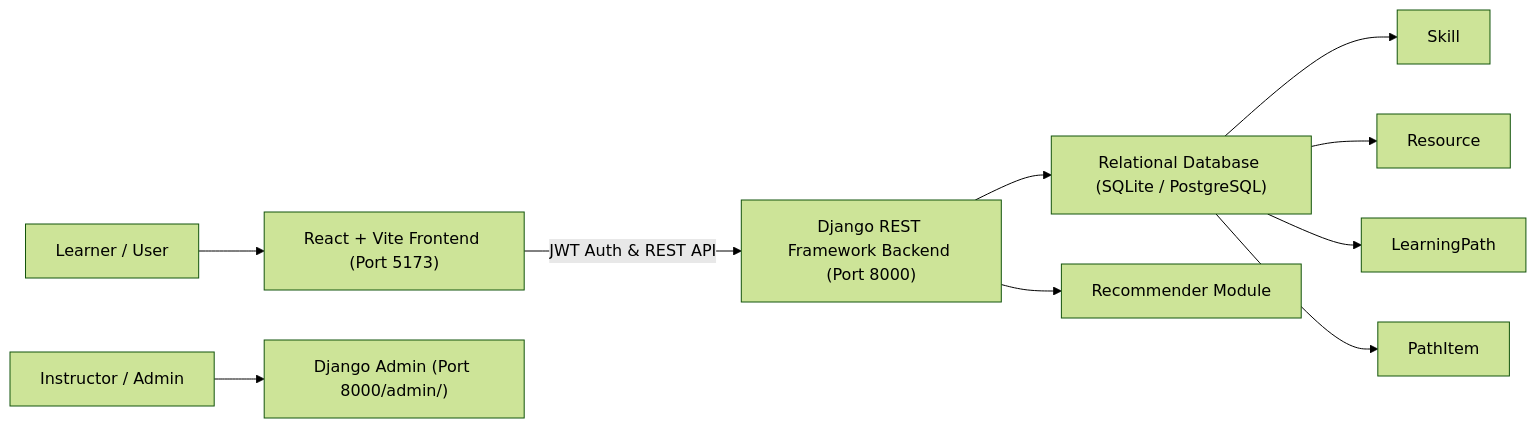
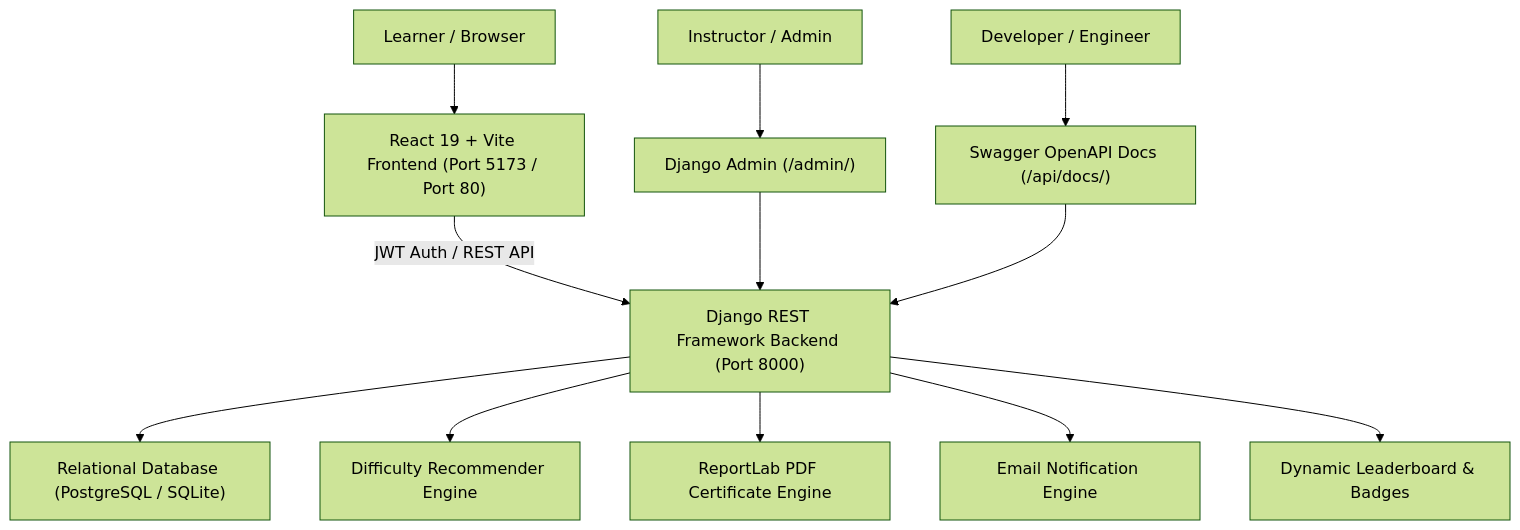
One commit to Umashankar12345/Learning-path-system changed the diagram in README.md. Above: the diagram before and after it, drawn with Mermaid (forest theme). The commit also changed other lines of this file and 21 other files, not shown here.

Commit message:
feat: add Swagger OpenAPI docs, Google OAuth, Email engine, Leaderboard, PDF certificates, GitHub Actions CI, and Docker Compose

````diff
--- a/README.md
+++ b/README.md
@@ -9,12 +11,16 @@
 ```mermaid
-graph LR
-    Learner["Learner / User"] --> ReactUI["React + Vite Frontend (Port 5173)"]
-    Admin["Instructor / Admin"] --> DjangoAdmin["Django Admin (Port 8000/admin/)"]
-    ReactUI -->|JWT Auth & REST API| DjangoBackend["Django REST Framework Backend (Port 8000)"]
-    DjangoBackend --> Models["Relational Database (SQLite / PostgreSQL)"]
-    DjangoBackend --> Recommender["Recommender Module"]
-    Models --> Skill["Skill"]
-    Models --> Resource["Resource"]
-    Models --> LearningPath["LearningPath"]
-    Models --> PathItem["PathItem"]
+graph TD
+    Learner["Learner / Browser"] --> ReactUI["React 19 + Vite Frontend (Port 5173 / Port 80)"]
+    Admin["Instructor / Admin"] --> DjangoAdmin["Django Admin (/admin/)"]
+    Swagger["Developer / Engineer"] --> SwaggerUI["Swagger OpenAPI Docs (/api/docs/)"]
+    
+    ReactUI -->|JWT Auth / REST API| DjangoBackend["Django REST Framework Backend (Port 8000)"]
+    DjangoAdmin --> DjangoBackend
+    SwaggerUI --> DjangoBackend
+
+    DjangoBackend --> Models["Relational Database (PostgreSQL / SQLite)"]
+    DjangoBackend --> Recommender["Difficulty Recommender Engine"]
+    DjangoBackend --> PDF["ReportLab PDF Certificate Engine"]
+    DjangoBackend --> Emails["Email Notification Engine"]
+    DjangoBackend --> Leaderboard["Dynamic Leaderboard & Badges"]
 ```
````
